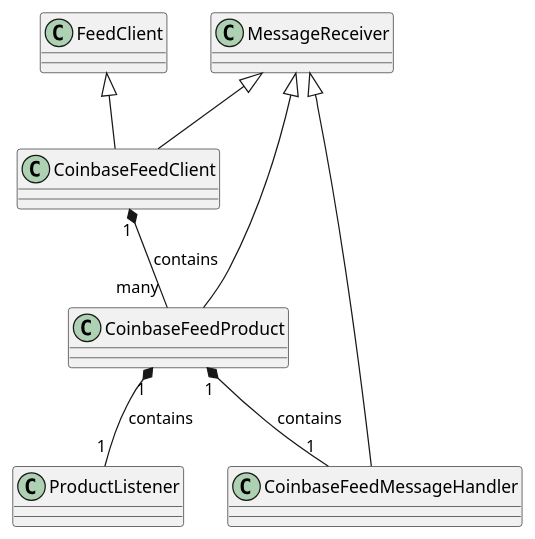
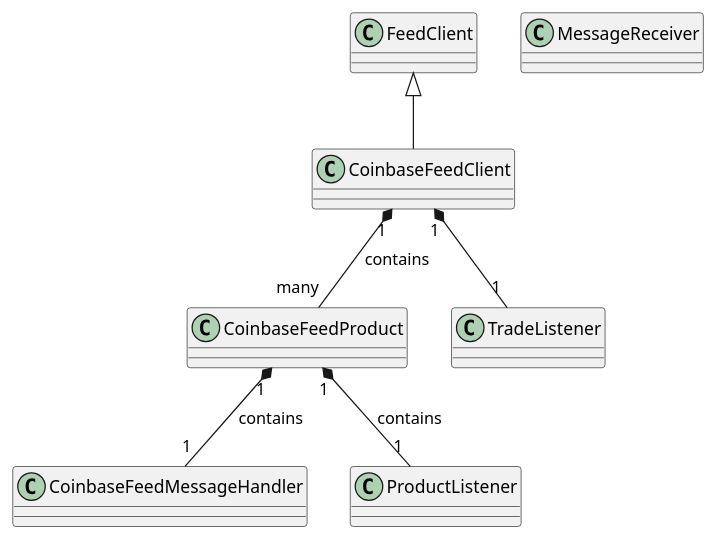
Before and after one commit to bapi23/quote-server: the second of 6 diagrams in docs/markdown.md, drawn with PlantUML. The commit also changed other lines of this file and 11 other files, not shown here.

````diff
--- a/docs/markdown.md
+++ b/docs/markdown.md
@@ -32,20 +33,18 @@
 ```plantuml
 @startuml "FeedClient"
 class FeedClient
 class CoinbaseFeedClient
 
 class CoinbaseFeedProduct
 class CoinbaseFeedMessageHandler
 class MessageReceiver
 class ProductListener
 
 CoinbaseFeedClient "1" *-- "many" CoinbaseFeedProduct : contains
 FeedClient <|-- CoinbaseFeedClient
-MessageReceiver <|-- CoinbaseFeedClient
-MessageReceiver <|-- CoinbaseFeedMessageHandler
-MessageReceiver <|-- CoinbaseFeedProduct
 
+CoinbaseFeedClient "1" *-- "1" TradeListener
 CoinbaseFeedProduct "1" *-- "1" CoinbaseFeedMessageHandler : contains
 CoinbaseFeedProduct "1" *-- "1" ProductListener : contains
 @enduml
 ```
````
